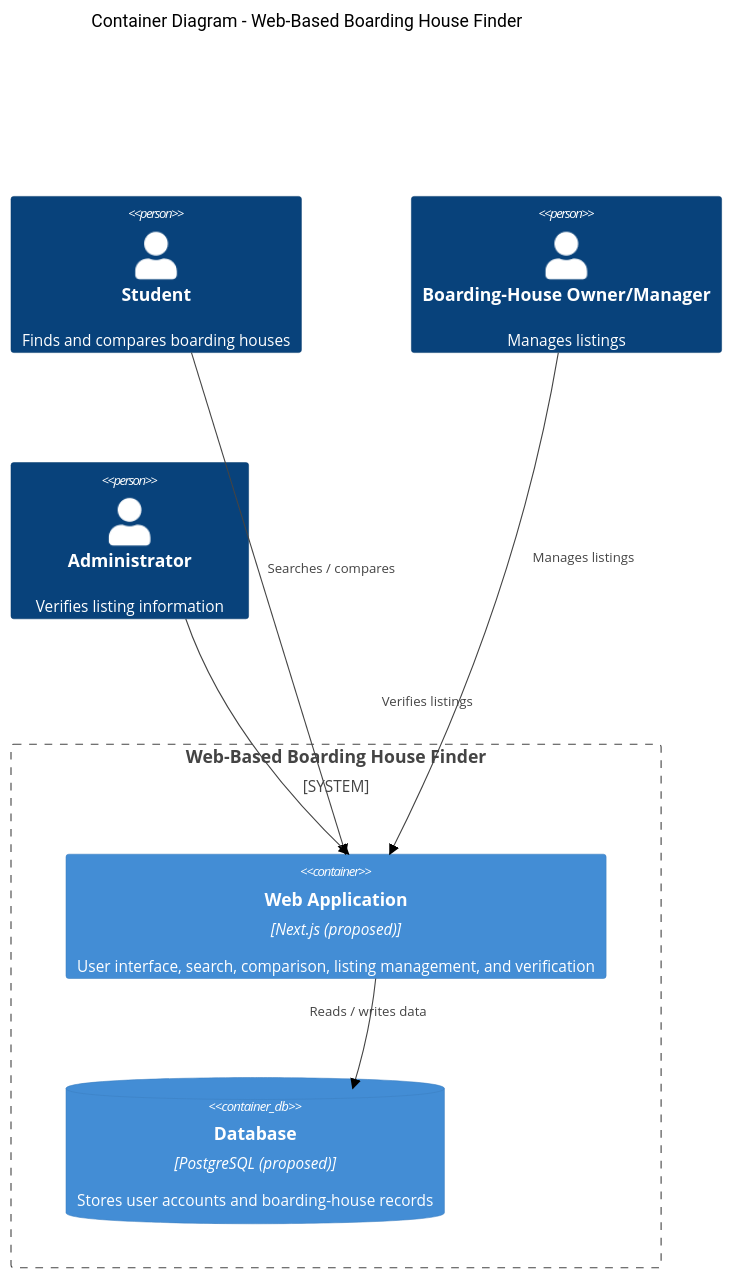
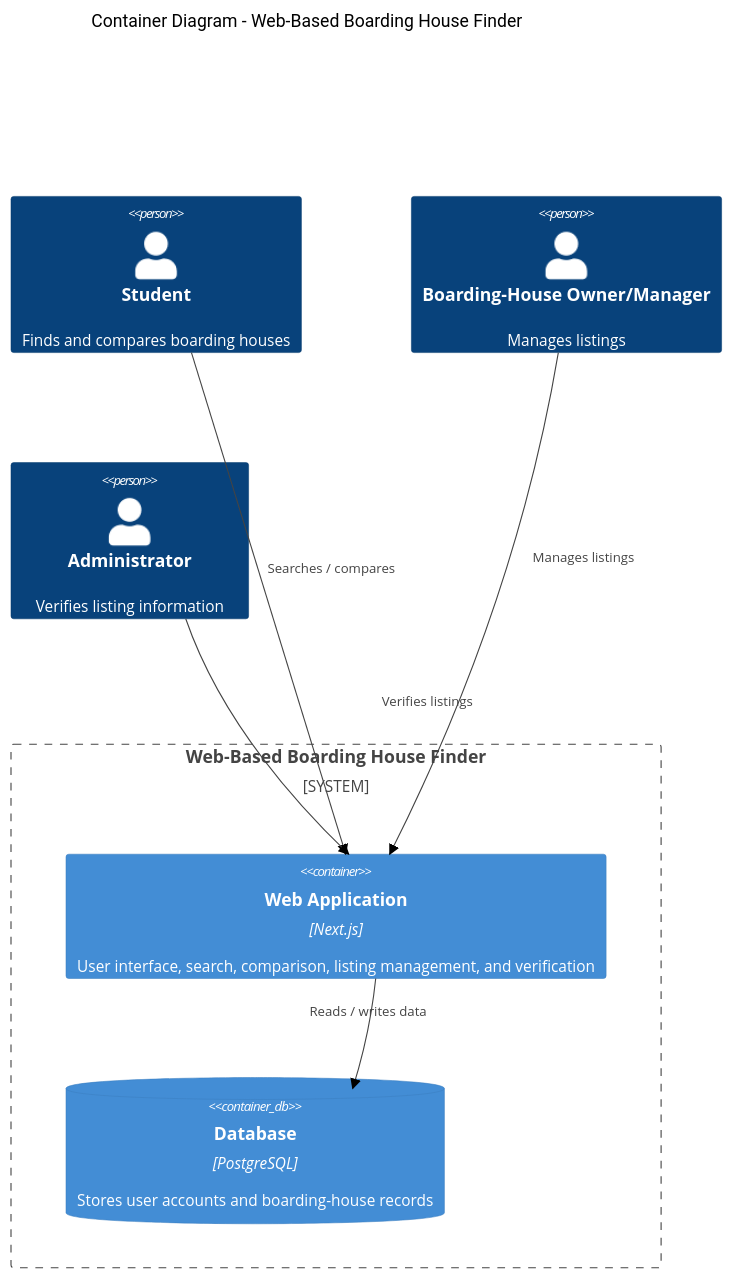
The diagram in docs/architecture/containers.md (joanaandes23/web-based-boarding-house-finder), drawn with Mermaid (neutral theme) before and after one commit.

````diff
--- a/docs/architecture/containers.md
+++ b/docs/architecture/containers.md
@@ -3,25 +3,25 @@
 ```mermaid
 C4Container
 title Container Diagram - Web-Based Boarding House Finder
 
 UpdateLayoutConfig($c4ShapeInRow="3", $c4BoundaryInRow="1")
 
 Person(student, "Student", "Finds and compares boarding houses")
 Person(owner, "Boarding-House Owner/Manager", "Manages listings")
 Person(admin, "Administrator", "Verifies listing information")
 
 System_Boundary(system, "Web-Based Boarding House Finder") {
-    Container(web, "Web Application", "Next.js (proposed)", "User interface, search, comparison, listing management, and verification")
-    ContainerDb(database, "Database", "PostgreSQL (proposed)", "Stores user accounts and boarding-house records")
+    Container(web, "Web Application", "Next.js", "User interface, search, comparison, listing management, and verification")
+    ContainerDb(database, "Database", "PostgreSQL", "Stores user accounts and boarding-house records")
 }
 
 Rel_D(student, web, "Searches / compares")
 Rel_D(owner, web, "Manages listings")
 Rel_D(admin, web, "Verifies listings")
 Rel_R(web, database, "Reads / writes data")
 
 UpdateRelStyle(student, web, $offsetX="-1", $offsetY="-35")
 UpdateRelStyle(owner, web, $offsetX="53", $offsetY="-45")
 UpdateRelStyle(admin, web, $offsetX="104", $offsetY="-35")
 UpdateRelStyle(web, database, $offsetX="-50", $offsetY="-23")
 ```
````
